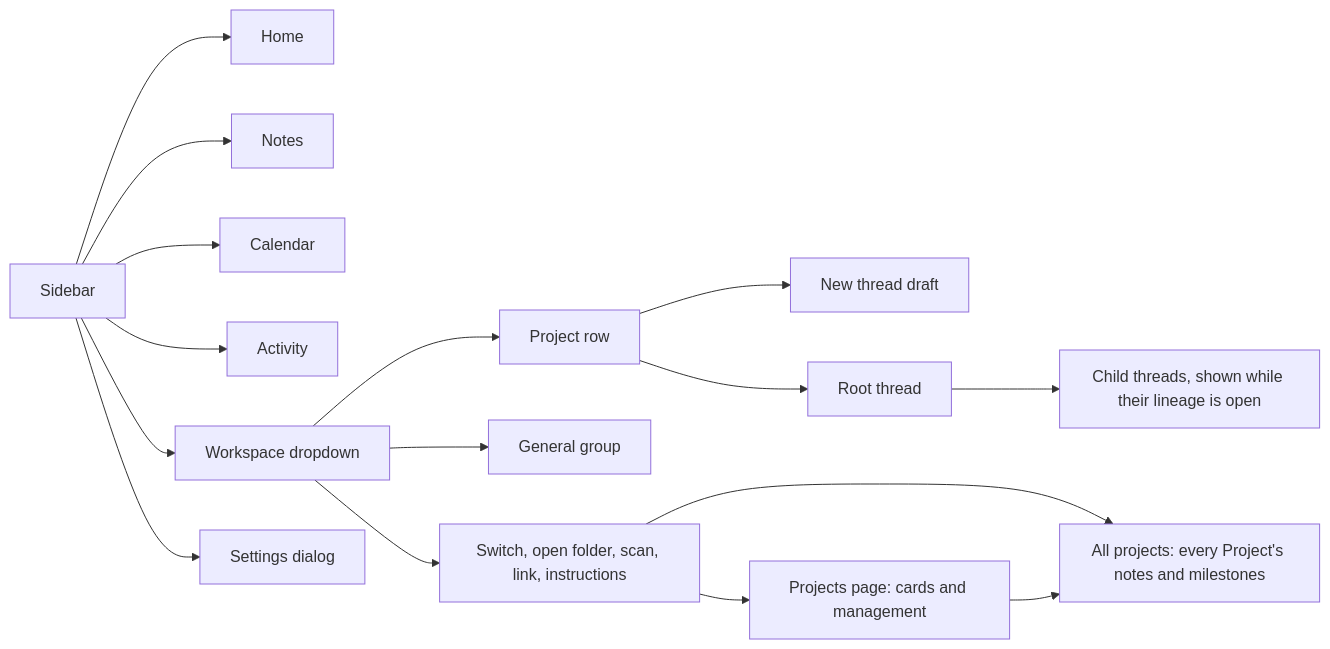
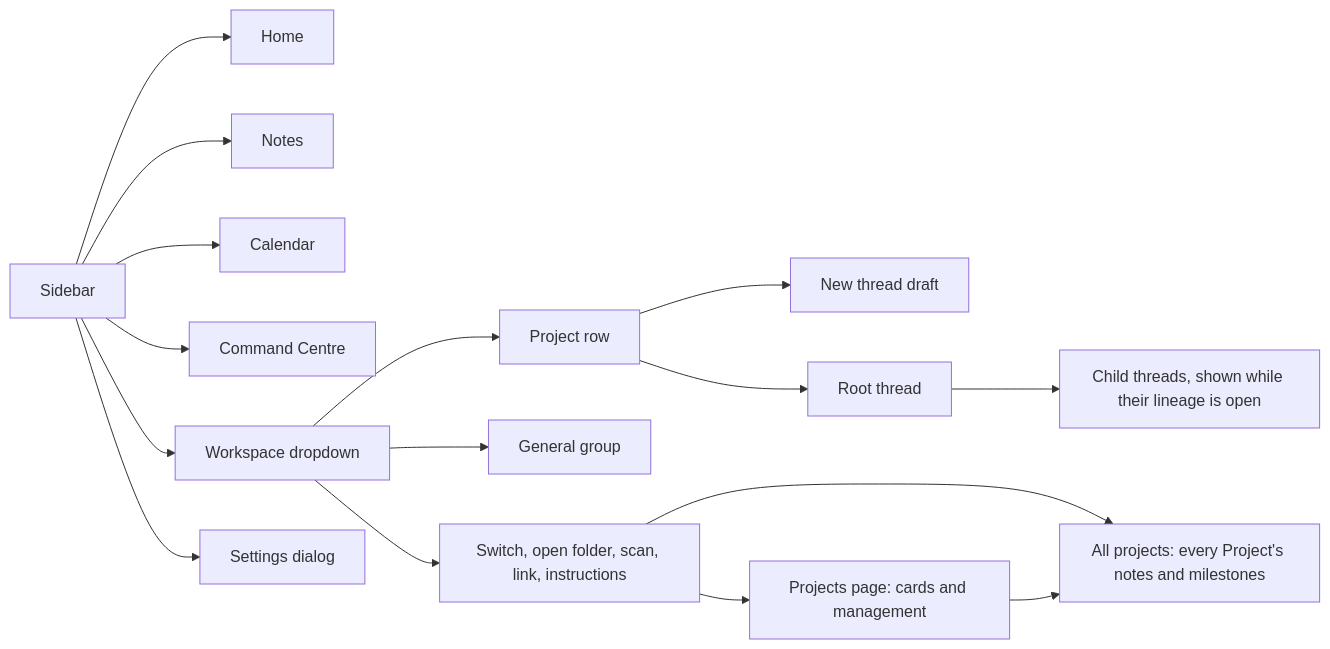
Before and after one commit to ToRRIIDeR97/Tenon-Workbench: the diagram in docs/product/NAVIGATION-MAP-V1.md, drawn with Mermaid. The commit also changed other lines of this file and 7 other files, not shown here.

First line of the commit message:
docs: Command Centre, routines and mail accounts

````diff
--- a/docs/product/NAVIGATION-MAP-V1.md
+++ b/docs/product/NAVIGATION-MAP-V1.md
@@ -24,19 +24,19 @@
 ```mermaid
 flowchart LR
     Sidebar[Sidebar] --> Home[Home]
     Sidebar --> Notes[Notes]
     Sidebar --> Calendar[Calendar]
-    Sidebar --> Activity[Activity]
+    Sidebar --> Command[Command Centre]
     Sidebar --> Workspace[Workspace dropdown]
     Sidebar --> Settings[Settings dialog]
 
     Workspace --> Project[Project row]
     Project --> NewThread[New thread draft]
     Project --> Thread[Root thread]
     Thread --> Child[Child threads, shown while their lineage is open]
     Workspace --> General[General group]
     Workspace --> Menu[Switch, open folder, scan, link, instructions]
     Menu --> Cards[Projects page: cards and management]
     Menu --> Overview[All projects: every Project's notes and milestones]
     Cards --> Overview
 ```
````
